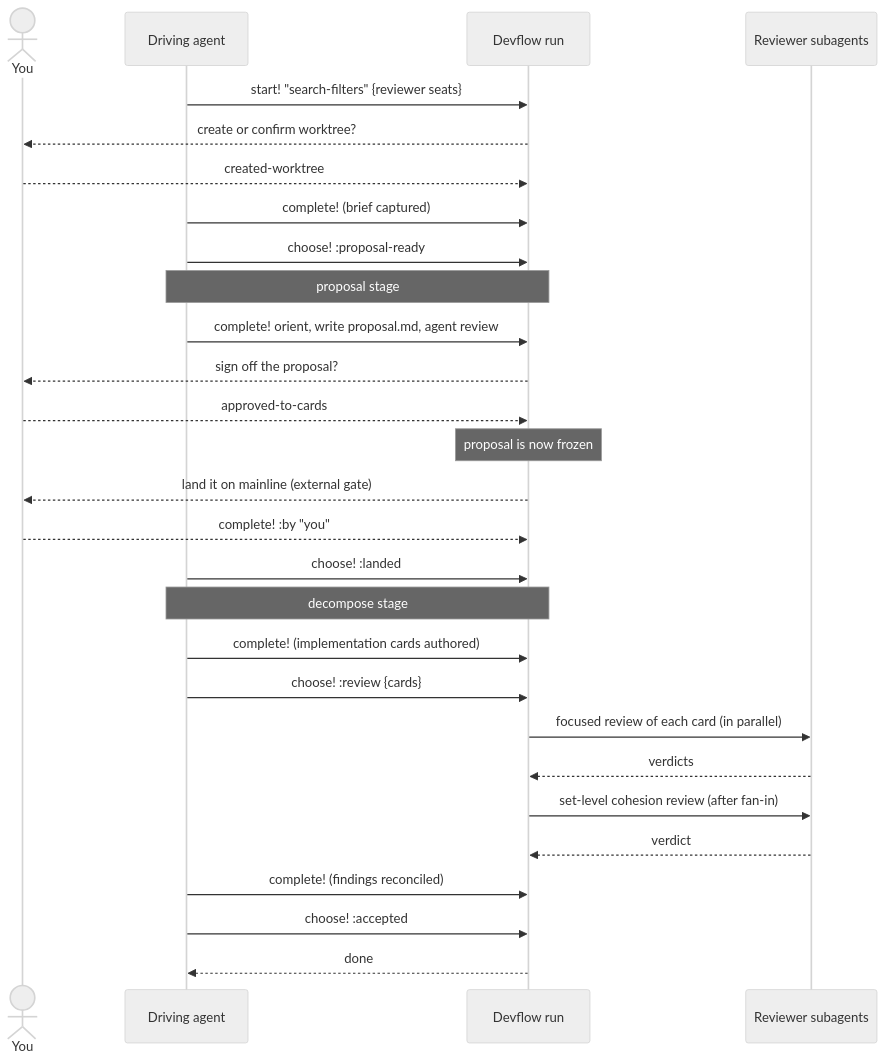
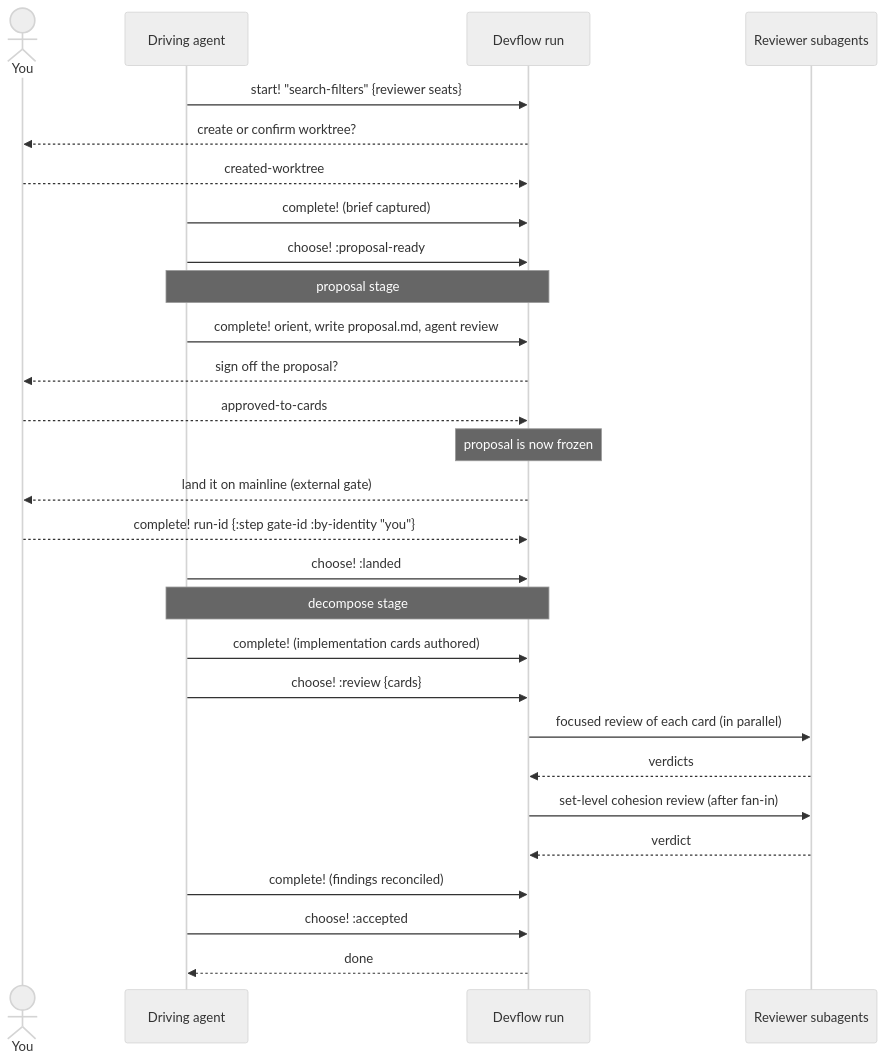
Before and after one commit to codethread/devflow.spool: the second of 4 diagrams in devflow.md, drawn with Mermaid (neutral theme). The commit also changed 7 other files, not shown here.

````diff
--- a/devflow.md
+++ b/devflow.md
@@ -170,35 +170,35 @@
 ```mermaid
 sequenceDiagram
   actor You
   participant Agent as Driving agent
   participant Run as Devflow run
   participant Subs as Reviewer subagents
 
   Agent->>Run: start! "search-filters" {reviewer seats}
   Run-->>You: create or confirm worktree?
   You-->>Run: created-worktree
   Agent->>Run: complete! (brief captured)
   Agent->>Run: choose! :proposal-ready
 
   Note over Agent,Run: proposal stage
   Agent->>Run: complete! orient, write proposal.md, agent review
   Run-->>You: sign off the proposal?
   You-->>Run: approved-to-cards
 
   Note over Run: proposal is now frozen
   Run-->>You: land it on mainline (external gate)
-  You-->>Run: complete! :by "you"
+  You-->>Run: complete! run-id {:step gate-id :by-identity "you"}
   Agent->>Run: choose! :landed
 
   Note over Agent,Run: decompose stage
   Agent->>Run: complete! (implementation cards authored)
   Agent->>Run: choose! :review {cards}
 
   Run->>Subs: focused review of each card (in parallel)
   Subs-->>Run: verdicts
   Run->>Subs: set-level cohesion review (after fan-in)
   Subs-->>Run: verdict
   Agent->>Run: complete! (findings reconciled)
   Agent->>Run: choose! :accepted
   Run-->>Agent: done
 ```
````
